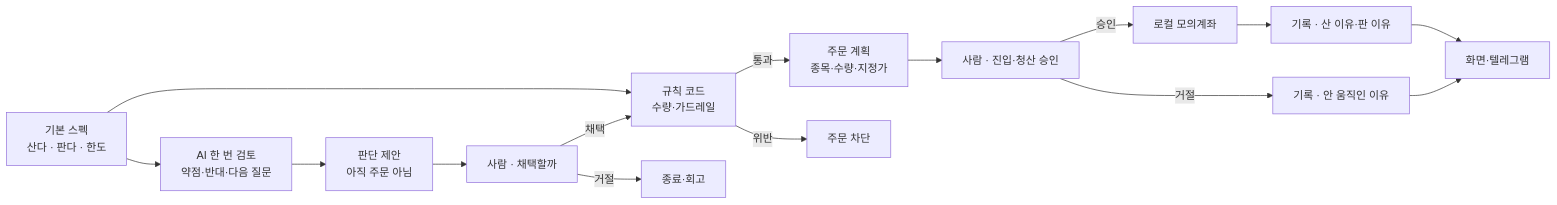
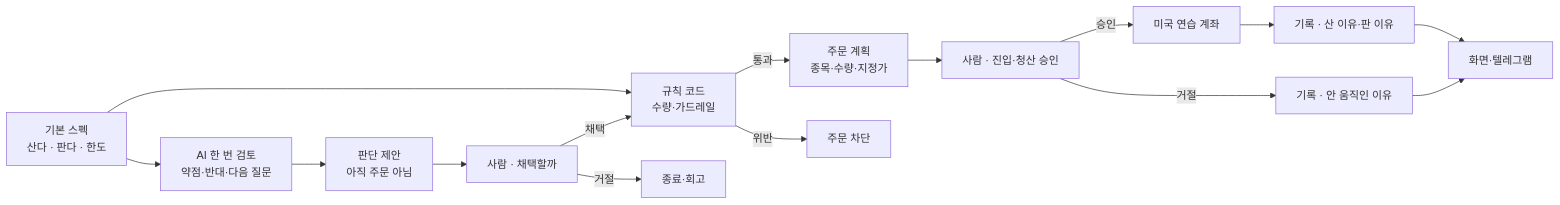
One commit to JungHoonGhae/thecamp-aitrading changed the first of 4 diagrams in lessons/참고/아키텍처.md. Above: the diagram before and after it, drawn with Mermaid. The commit also changed other lines of this file and 25 other files, not shown here.

````diff
--- a/lessons/참고/아키텍처.md
+++ b/lessons/참고/아키텍처.md
@@ -11,17 +11,17 @@
 ```mermaid
 flowchart LR
     Spec["기본 스펙<br/>산다 · 판다 · 한도"] --> Review["AI 한 번 검토<br/>약점·반대·다음 질문"]
     Review --> Proposal["판단 제안<br/>아직 주문 아님"]
     Proposal --> SpecGate["사람 · 채택할까"]
     SpecGate -->|채택| Rules["규칙 코드<br/>수량·가드레일"]
     SpecGate -->|거절| Stop["종료·회고"]
     Spec --> Rules
     Rules -->|통과| Plan["주문 계획<br/>종목·수량·지정가"]
     Rules -->|위반| Block["주문 차단"]
     Plan --> OrderGate["사람 · 진입·청산 승인"]
     OrderGate -->|거절| Journal["기록 · 안 움직인 이유"]
-    OrderGate -->|승인| Local["로컬 모의계좌"]
+    OrderGate -->|승인| Local["미국 연습 계좌"]
     Local --> Journal2["기록 · 산 이유·판 이유"]
     Journal --> Telegram["화면·텔레그램"]
     Journal2 --> Telegram
 ```
````
